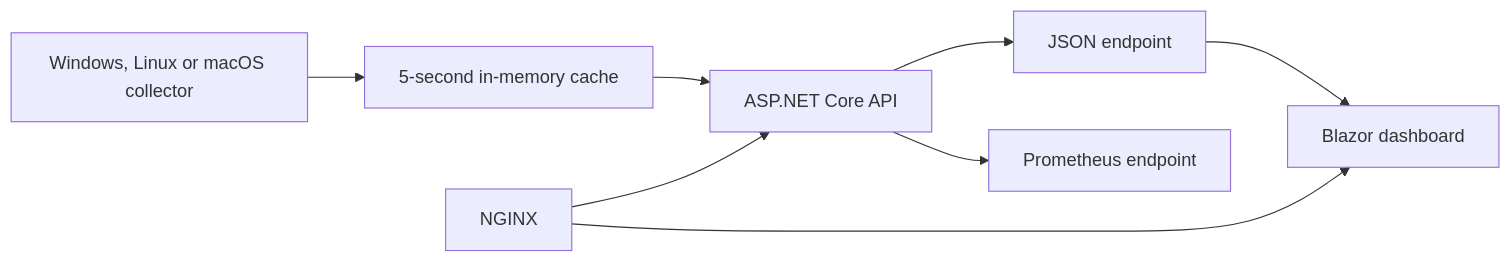
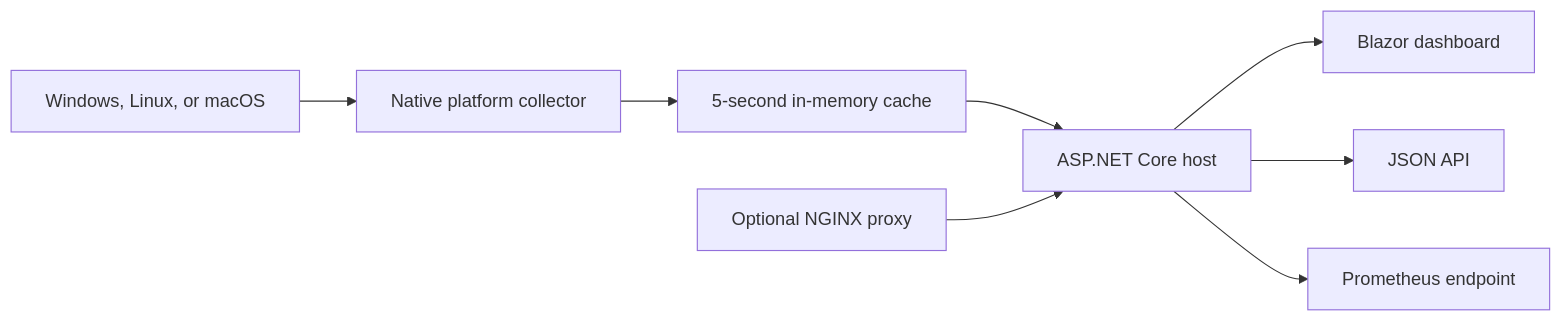
Before and after one commit to louresb/LocalMetrics: the diagram in README.md, drawn with Mermaid. The commit also changed other lines of this file and 74 other files, not shown here.

Commit message:
refactor: consolidate LocalMetrics into one native host

````diff
--- a/README.md
+++ b/README.md
@@ -16,10 +18,10 @@
-```mermaid
+~~~mermaid
 flowchart LR
-    OS["Windows, Linux or macOS collector"] --> Cache["5-second in-memory cache"]
-    Cache --> API["ASP.NET Core API"]
-    API --> JSON["JSON endpoint"]
-    API --> Prometheus["Prometheus endpoint"]
-    JSON --> UI["Blazor dashboard"]
-    NGINX["NGINX"] --> UI
-    NGINX --> API
-```
+    OS["Windows, Linux, or macOS"] --> Collector["Native platform collector"]
+    Collector --> Cache["5-second in-memory cache"]
+    Cache --> Host["ASP.NET Core host"]
+    Host --> UI["Blazor dashboard"]
+    Host --> JSON["JSON API"]
+    Host --> Prometheus["Prometheus endpoint"]
+    NGINX["Optional NGINX proxy"] --> Host
+~~~
````
